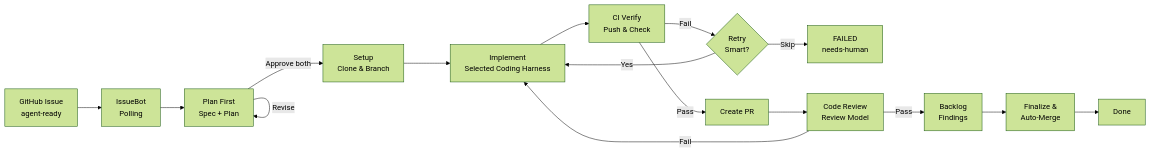
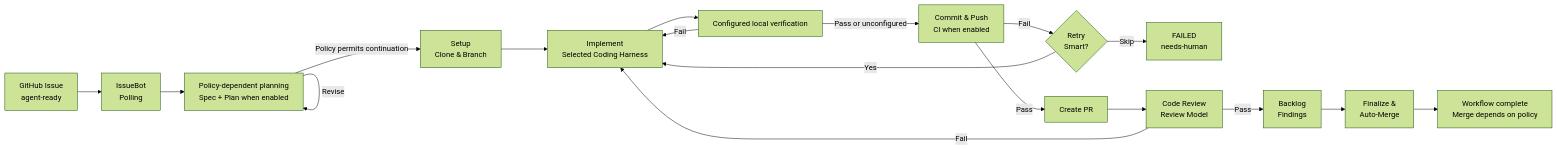
The first of 2 diagrams in README.md (dbbaskette/IssueBot), drawn with Mermaid (forest theme) before and after one commit. The commit also changed other lines of this file and 186 other files, not shown here.

````diff
--- a/README.md
+++ b/README.md
@@ -21,18 +23,20 @@
 ```mermaid
 flowchart LR
     A[GitHub Issue<br>agent-ready] --> B[IssueBot<br>Polling]
-    B --> P[Plan First<br>Spec + Plan]
+    B --> P[Policy-dependent planning<br>Spec + Plan when enabled]
     P -->|Revise| P
-    P -->|Approve both| C[Setup<br>Clone & Branch]
+    P -->|Policy permits continuation| C[Setup<br>Clone & Branch]
     C --> D[Implement<br>Selected Coding Harness]
-    D --> E[CI Verify<br>Push & Check]
+    D --> V[Configured local verification]
+    V -->|Fail| D
+    V -->|Pass or unconfigured| E[Commit & Push<br>CI when enabled]
     E -->|Fail| F{Retry<br>Smart?}
     F -->|Skip| G[FAILED<br>needs-human]
     F -->|Yes| D
     E -->|Pass| H[Create PR]
     H --> I[Code Review<br>Review Model]
     I -->|Fail| D
     I -->|Pass| J[Backlog<br>Findings]
     J --> K[Finalize &<br>Auto-Merge]
-    K --> L[Done]
+    K --> L[Workflow complete<br>Merge depends on policy]
 ```
````
